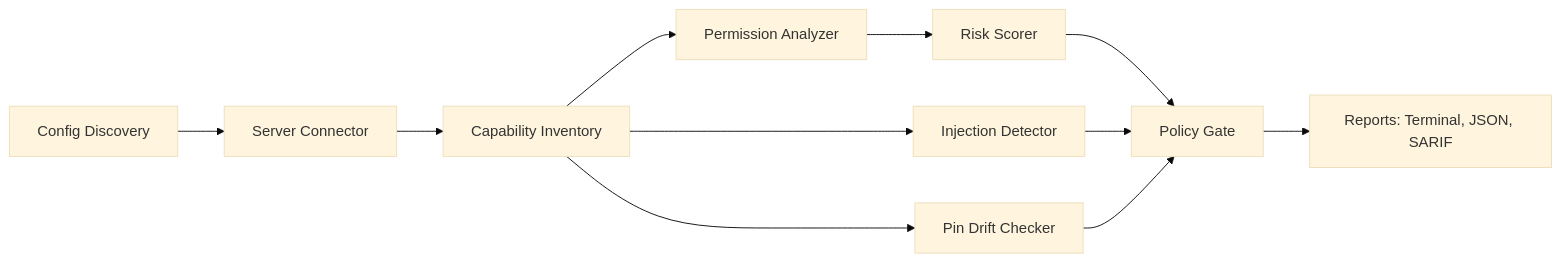
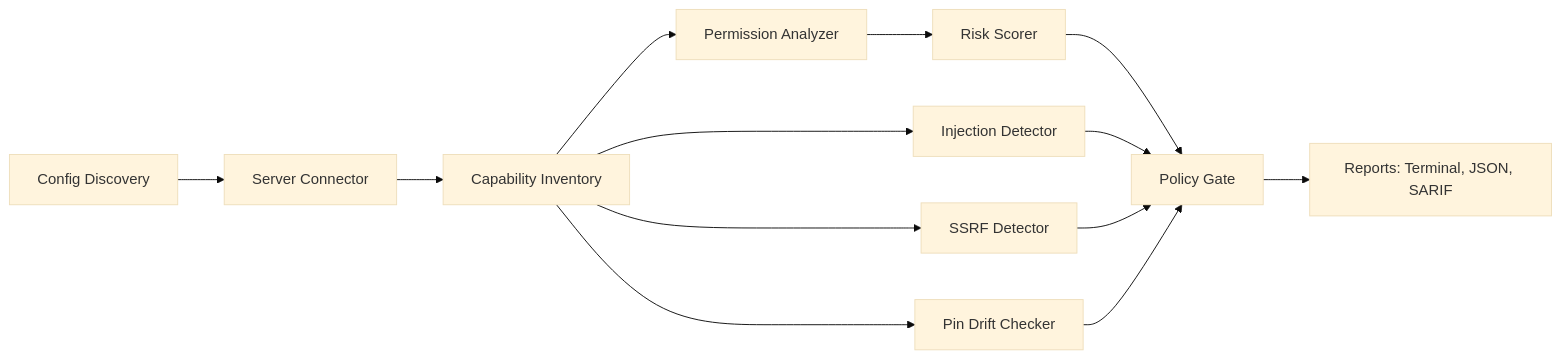
The diagram in IMPLEMENTATION-ROADMAP.md (saagpatel/MCPAudit), drawn with Mermaid (base theme) before and after one commit. The commit also changed other lines of this file and 23 other files, not shown here.

````diff
--- a/IMPLEMENTATION-ROADMAP.md
+++ b/IMPLEMENTATION-ROADMAP.md
@@ -62,13 +69,15 @@
 ```mermaid
 flowchart LR
     A["Config Discovery"] --> B["Server Connector"]
     B --> C["Capability Inventory"]
     C --> D["Permission Analyzer"]
     D --> E["Risk Scorer"]
     C --> F["Injection Detector"]
+    C --> S["SSRF Detector"]
     C --> G["Pin Drift Checker"]
     E --> H["Policy Gate"]
     F --> H
+    S --> H
     G --> H
     H --> I["Reports: Terminal, JSON, SARIF"]
 ```
````
